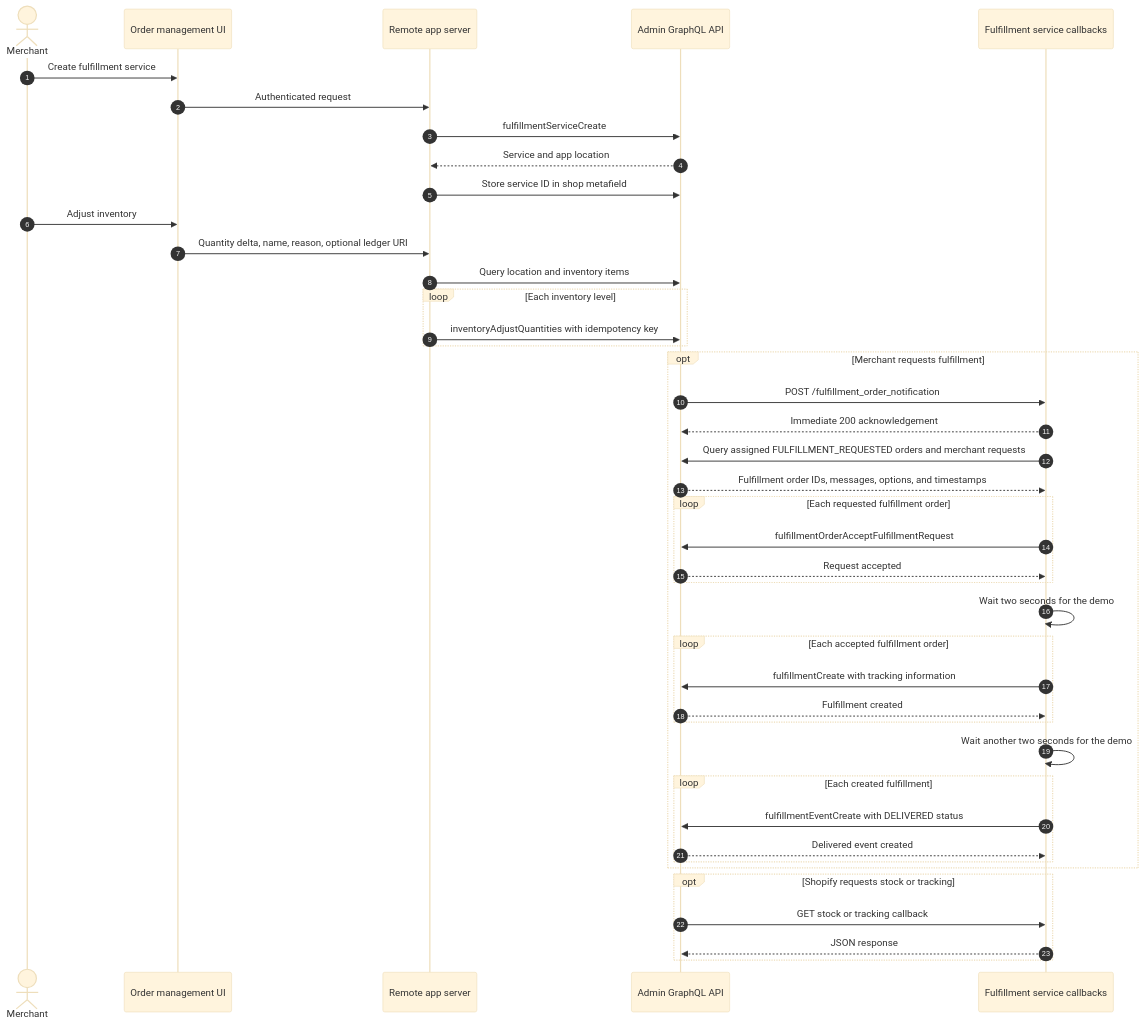
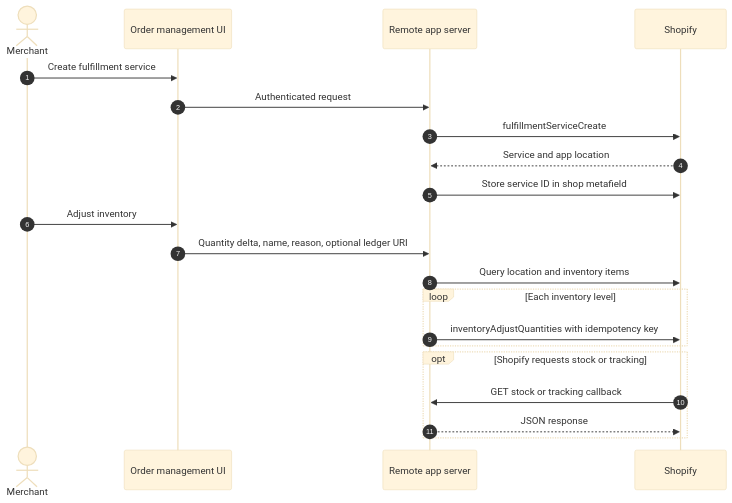
The second of 4 diagrams in docs/13-ordermanage.md (benzookapi/shopify-barebone-app-sample), drawn with Mermaid (base theme) before and after one commit. The commit also changed other lines of this file, not shown here.

Commit message:
Clarify fulfillment service sequences

````diff
--- a/docs/13-ordermanage.md
+++ b/docs/13-ordermanage.md
@@ -43,45 +43,24 @@
 ```mermaid
 sequenceDiagram
     autonumber
     actor Merchant
     participant UI as Order management UI
     participant App as Remote app server
-    participant API as Admin GraphQL API
-    participant Service as Fulfillment service callbacks
+    participant Shopify as Shopify
 
     Merchant->>UI: Create fulfillment service
     UI->>App: Authenticated request
-    App->>API: fulfillmentServiceCreate
-    API-->>App: Service and app location
-    App->>API: Store service ID in shop metafield
+    App->>Shopify: fulfillmentServiceCreate
+    Shopify-->>App: Service and app location
+    App->>Shopify: Store service ID in shop metafield
     Merchant->>UI: Adjust inventory
     UI->>App: Quantity delta, name, reason, optional ledger URI
-    App->>API: Query location and inventory items
+    App->>Shopify: Query location and inventory items
     loop Each inventory level
-        App->>API: inventoryAdjustQuantities with idempotency key
-    end
-    opt Merchant requests fulfillment
-        API->>Service: POST /fulfillment_order_notification
-        Service-->>API: Immediate 200 acknowledgement
-        Service->>API: Query assigned FULFILLMENT_REQUESTED orders and merchant requests
-        API-->>Service: Fulfillment order IDs, messages, options, and timestamps
-        loop Each requested fulfillment order
-            Service->>API: fulfillmentOrderAcceptFulfillmentRequest
-            API-->>Service: Request accepted
-        end
-        Service->>Service: Wait two seconds for the demo
-        loop Each accepted fulfillment order
-            Service->>API: fulfillmentCreate with tracking information
-            API-->>Service: Fulfillment created
-        end
-        Service->>Service: Wait another two seconds for the demo
-        loop Each created fulfillment
-            Service->>API: fulfillmentEventCreate with DELIVERED status
-            API-->>Service: Delivered event created
-        end
+        App->>Shopify: inventoryAdjustQuantities with idempotency key
     end
     opt Shopify requests stock or tracking
-        API->>Service: GET stock or tracking callback
-        Service-->>API: JSON response
+        Shopify->>App: GET stock or tracking callback
+        App-->>Shopify: JSON response
     end
 ```
````
